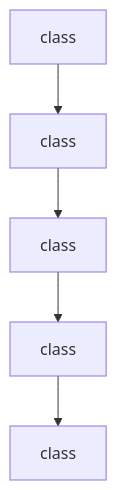
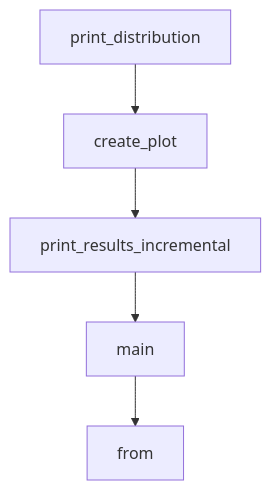
Before and after one commit to johnxie/awesome-code-docs: the diagram in tutorials/gptme-tutorial/03-tooling-and-local-execution-boundaries.md, drawn with Mermaid. The commit also changed other lines of this file and 1232 other files, not shown here.

````diff
--- a/tutorials/gptme-tutorial/03-tooling-and-local-execution-boundaries.md
+++ b/tutorials/gptme-tutorial/03-tooling-and-local-execution-boundaries.md
@@ -211,12 +209,12 @@
 ```mermaid
 flowchart TD
-    A[class]
-    B[class]
-    C[class]
-    D[class]
-    E[class]
+    A[print_distribution]
+    B[create_plot]
+    C[print_results_incremental]
+    D[main]
+    E[from]
     A --> B
     B --> C
     C --> D
     D --> E
 ```
````
